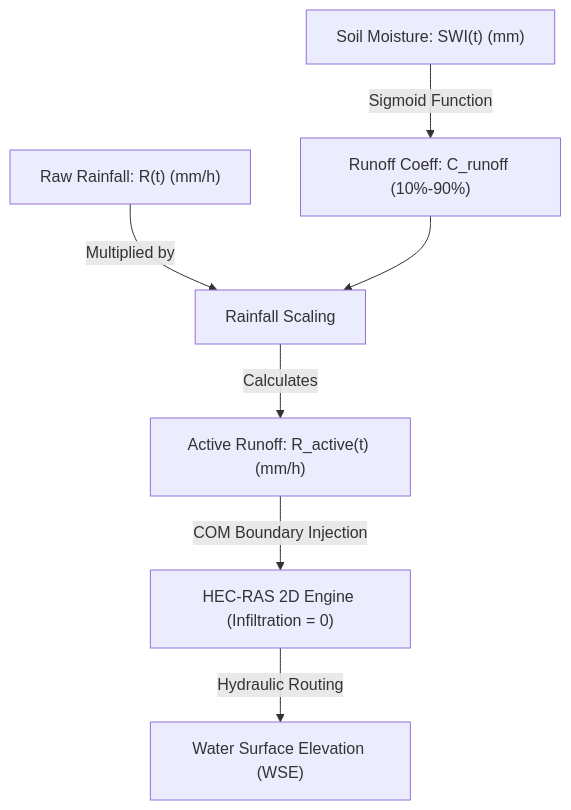
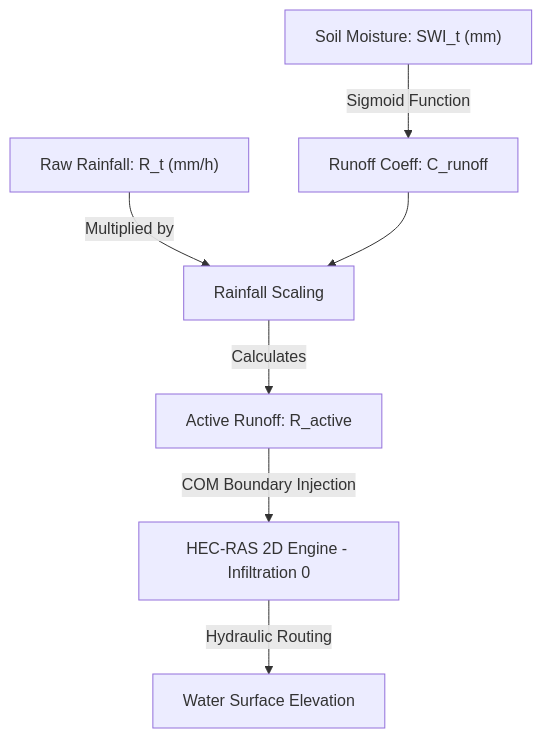
Before and after one commit to tinluan/railway-flood-twin: the fourth of 10 diagrams in report/drafts/final_report_template.md, drawn with Mermaid. The commit also changed other lines of this file and 1 other file, not shown here.

Commit message:
docs: fix mermaid syntax errors by removing parentheses in node labels and links

````diff
--- a/report/drafts/final_report_template.md
+++ b/report/drafts/final_report_template.md
@@ -293,9 +293,9 @@
 ```mermaid
 graph TD
-    Raw["Raw Rainfall: R(t) (mm/h)"] -->|Multiplied by| Scale["Rainfall Scaling"]
-    SWI["Soil Moisture: SWI(t) (mm)"] -->|Sigmoid Function| Runoff["Runoff Coeff: C_runoff (10%-90%)"]
+    Raw["Raw Rainfall: R_t (mm/h)"] -->|Multiplied by| Scale["Rainfall Scaling"]
+    SWI["Soil Moisture: SWI_t (mm)"] -->|Sigmoid Function| Runoff["Runoff Coeff: C_runoff"]
     Runoff --> Scale
-    Scale -->|Calculates| Active["Active Runoff: R_active(t) (mm/h)"]
-    Active -->|COM Boundary Injection| HECRAS["HEC-RAS 2D Engine (Infiltration = 0)"]
-    HECRAS -->|Hydraulic Routing| WSE["Water Surface Elevation (WSE)"]
+    Scale -->|Calculates| Active["Active Runoff: R_active"]
+    Active -->|COM Boundary Injection| HECRAS["HEC-RAS 2D Engine - Infiltration 0"]
+    HECRAS -->|Hydraulic Routing| WSE["Water Surface Elevation"]
 ```
````
